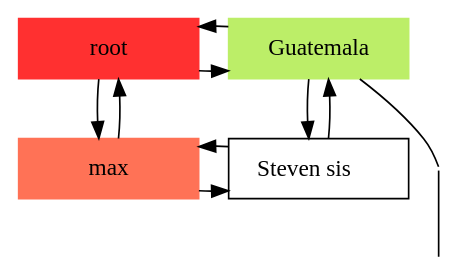
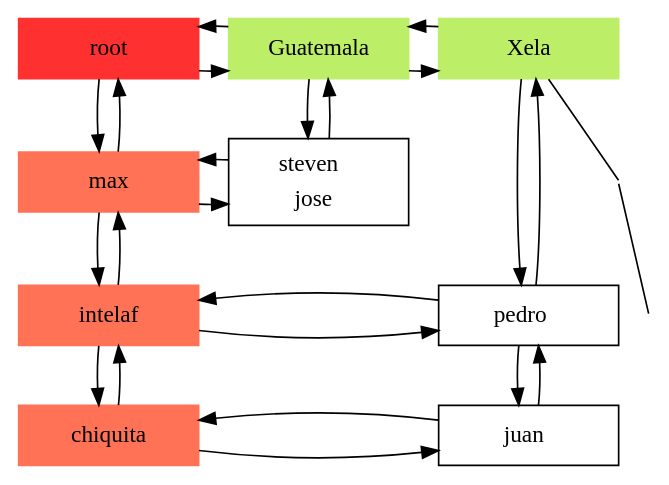
One commit to Stevensis/EDD20VJ_Proyecto1 changed the diagram in Prueba.dot. Above: the diagram before and after it, drawn with Graphviz. The commit also changed 40 other files, not shown here.

```diff
--- a/Prueba.dot
+++ b/Prueba.dot
@@ -1,23 +1,56 @@
 digraph Sparce_Matrix { 
  node [shape=box];
 -1[ label = "root", width = 1.5, style = filled, color = firebrick1, group = 1 ]; 
  e0[ shape = point, width = 0 ]; 
  e1[ shape = point, width = 0 ]; 
 
  /* Empresas */ 
 1 [label = "max"    pos = "5.3,3.5!" width = 1.5 style = filled, color = coral1, group = 1 ]; 
 { rank = same; 1 ; 0 }
 1 -> 0
 0 -> 1
 e0[ shape = point, width = 0 ];{ rank = same; 1; e0 }
+ /* Empresas */ 
+4 [label = "intelaf"    pos = "5.3,3.5!" width = 1.5 style = filled, color = coral1, group = 1 ]; 
+{ rank = same; 4 ; 3 }
+4 -> 3
+3 -> 4
+e1[ shape = point, width = 0 ];{ rank = same; 4; e1 }
+ /* Empresas */ 
+7 [label = "chiquita"    pos = "5.3,3.5!" width = 1.5 style = filled, color = coral1, group = 1 ]; 
+{ rank = same; 7 ; 6 }
+7 -> 6
+6 -> 7
+e2[ shape = point, width = 0 ];{ rank = same; 7; e2 }
+   /* Enlacex entre empresas */ 
+1 -> 4
+4 -> 1
+
+   /* Enlacex entre empresas */ 
+4 -> 7
+7 -> 4
+
  /* Departamentos */ 
 2 [label = "Guatemala"   width = 1.5 style = filled, color = darkolivegreen2, group =2 ];
-0 [label = <<table border = "0"><tr><td>Steven sis</td></tr></table>>, width = 1.5, group = 2 ];
+0 [label = <<table border = "0"><tr><td>steven</td></tr><tr><td>jose</td></tr></table>>, width = 1.5, group = 2 ];
 2 -> 0
 0 -> 2
-2 -> e0 -> e1[ dir = none ];-1 -> 2
+
+ /* Departamentos */ 
+5 [label = "Xela"   width = 1.5 style = filled, color = darkolivegreen2, group =3 ];
+3 [label = <<table border = "0"><tr><td>pedro</td></tr></table>>, width = 1.5, group = 3 ];
+6 [label = <<table border = "0"><tr><td>juan</td></tr></table>>, width = 1.5, group = 3 ];
+5 -> 3
+3 -> 5
+3 -> 6
+6 -> 3
+
+   /* Enlaces entre departamentos */ 
+2 -> 5
+5 -> 2
+5 -> e0 -> e1[ dir = none ];-1 -> 2
 2 -> -1
 -1 -> 1
 1 -> -1
- { rank = same; -1; 2;  }
+ { rank = same; -1; 2; 5;  }
 }
```
